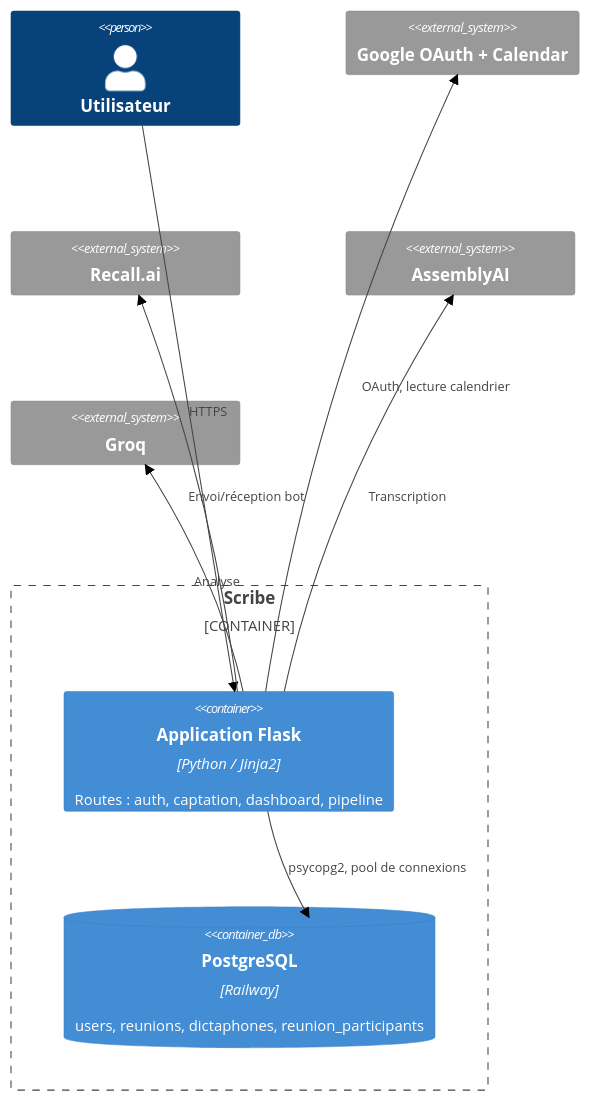
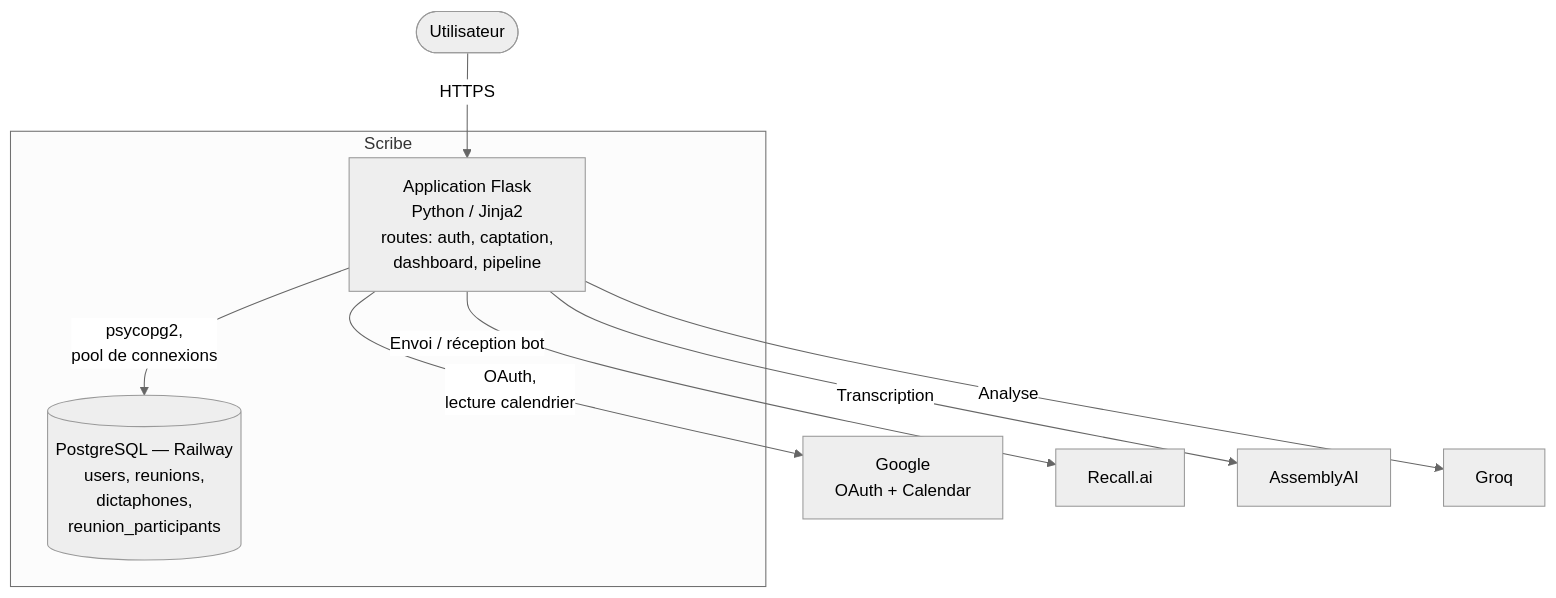
One commit to malickl/Scribe-RNCP changed the second of 3 diagrams in CAHIER_DES_CHARGES.md. Above: the diagram before and after it, drawn with Mermaid (neutral theme). The commit also changed other lines of this file, not shown here.

Commit message:
Remplace les diagrammes C4 par des flowcharts pour la lisibilité
La syntaxe C4Context/C4Container de Mermaid produit des chevauchements de
labels difficiles à lire selon le moteur de rendu. Les flowcharts classiques
sont plus robustes pour ce niveau de détail.

````diff
--- a/CAHIER_DES_CHARGES.md
+++ b/CAHIER_DES_CHARGES.md
@@ -291,19 +291,21 @@
 ```mermaid
-C4Container
-    Person(user, "Utilisateur")
-    Container_Boundary(scribe, "Scribe") {
-        Container(web, "Application Flask", "Python / Jinja2", "Routes : auth, captation, dashboard, pipeline")
-        ContainerDb(db, "PostgreSQL", "Railway", "users, reunions, dictaphones, reunion_participants")
-    }
-    System_Ext(google, "Google OAuth + Calendar")
-    System_Ext(recall, "Recall.ai")
-    System_Ext(assemblyai, "AssemblyAI")
-    System_Ext(groq, "Groq")
+flowchart TD
+    U(["Utilisateur"])
 
-    Rel(user, web, "HTTPS")
-    Rel(web, db, "psycopg2, pool de connexions")
-    Rel(web, google, "OAuth, lecture calendrier")
-    Rel(web, recall, "Envoi/réception bot")
-    Rel(web, assemblyai, "Transcription")
-    Rel(web, groq, "Analyse")
+    subgraph Scribe
+        Web["Application Flask<br/>Python / Jinja2<br/>routes: auth, captation,<br/>dashboard, pipeline"]
+        DB[("PostgreSQL — Railway<br/>users, reunions,<br/>dictaphones,<br/>reunion_participants")]
+    end
+
+    G["Google<br/>OAuth + Calendar"]
+    R["Recall.ai"]
+    A["AssemblyAI"]
+    Gr["Groq"]
+
+    U -->|HTTPS| Web
+    Web -->|"psycopg2,<br/>pool de connexions"| DB
+    Web -->|"OAuth,<br/>lecture calendrier"| G
+    Web -->|"Envoi / réception bot"| R
+    Web -->|Transcription| A
+    Web -->|Analyse| Gr
 ```
````
